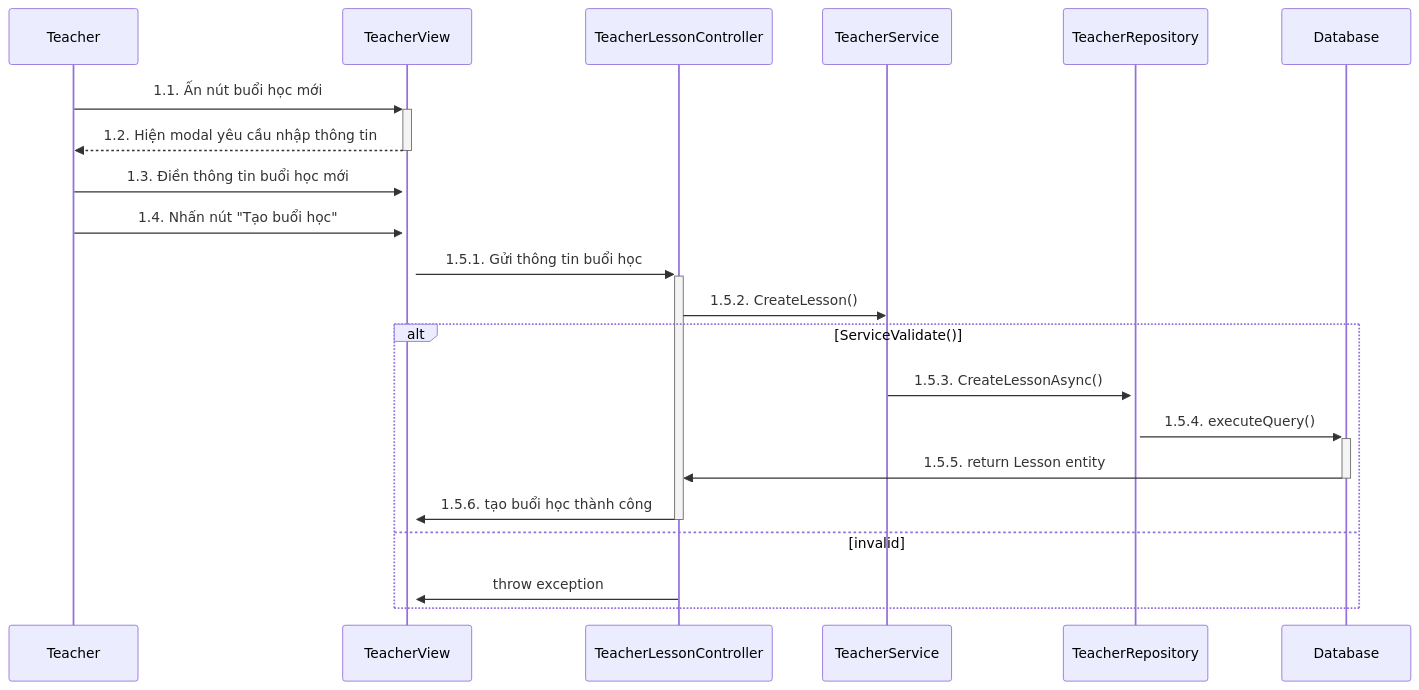
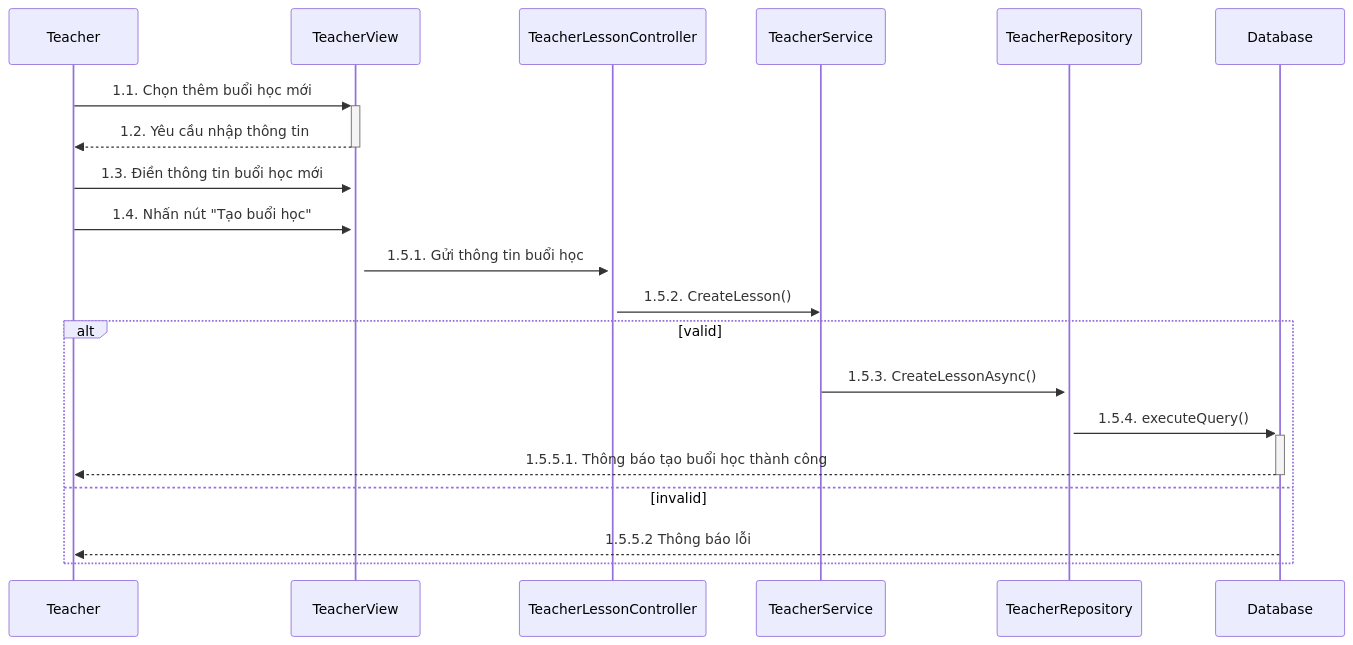
One commit to LienNTB/sequence-CNPM changed the diagram in sequence/teacher/Sequence-1-1.GiangVienThemBuoiHoc.mmd. Above: the diagram before and after it, drawn with Mermaid. The commit also changed other lines of this file and 9 other files, not shown here.

````diff
--- a/sequence/teacher/Sequence-1-1.GiangVienThemBuoiHoc.mmd
+++ b/sequence/teacher/Sequence-1-1.GiangVienThemBuoiHoc.mmd
@@ -1,25 +1,23 @@
-```mermaid
+
 sequenceDiagram
     participant Teacher
     participant TeacherView
     participant TeacherLessonController
     participant TeacherService
     participant TeacherRepository
     participant Database
 
-    Teacher->>+TeacherView: 1.1. Ấn nút  buổi học mới
-    TeacherView-->>-Teacher: 1.2. Hiện modal yêu cầu nhập thông tin
+    Teacher->>+TeacherView: 1.1. Chọn thêm buổi học mới
+    TeacherView-->>-Teacher: 1.2. Yêu cầu nhập thông tin
     Teacher->>+TeacherView: 1.3. Điền thông tin buổi học mới
     Teacher->>+TeacherView: 1.4. Nhấn nút "Tạo buổi học"
     TeacherView->>+TeacherLessonController: 1.5.1. Gửi thông tin buổi học
     TeacherLessonController->>TeacherService: 1.5.2. CreateLesson()
-    alt ServiceValidate()
+    alt valid
         TeacherService->>+TeacherRepository: 1.5.3. CreateLessonAsync()
         TeacherRepository->>+Database: 1.5.4. executeQuery()
 
-        Database->>-TeacherLessonController: 1.5.5. return Lesson entity
-        TeacherLessonController->>-TeacherView: 1.5.6. tạo buổi học thành công
+        Database-->>-Teacher: 1.5.5.1. Thông báo tạo buổi học thành công
     else invalid
-        TeacherLessonController->>TeacherView: throw exception
+        Database-->>Teacher: 1.5.5.2 Thông báo lỗi
     end
-```
````
